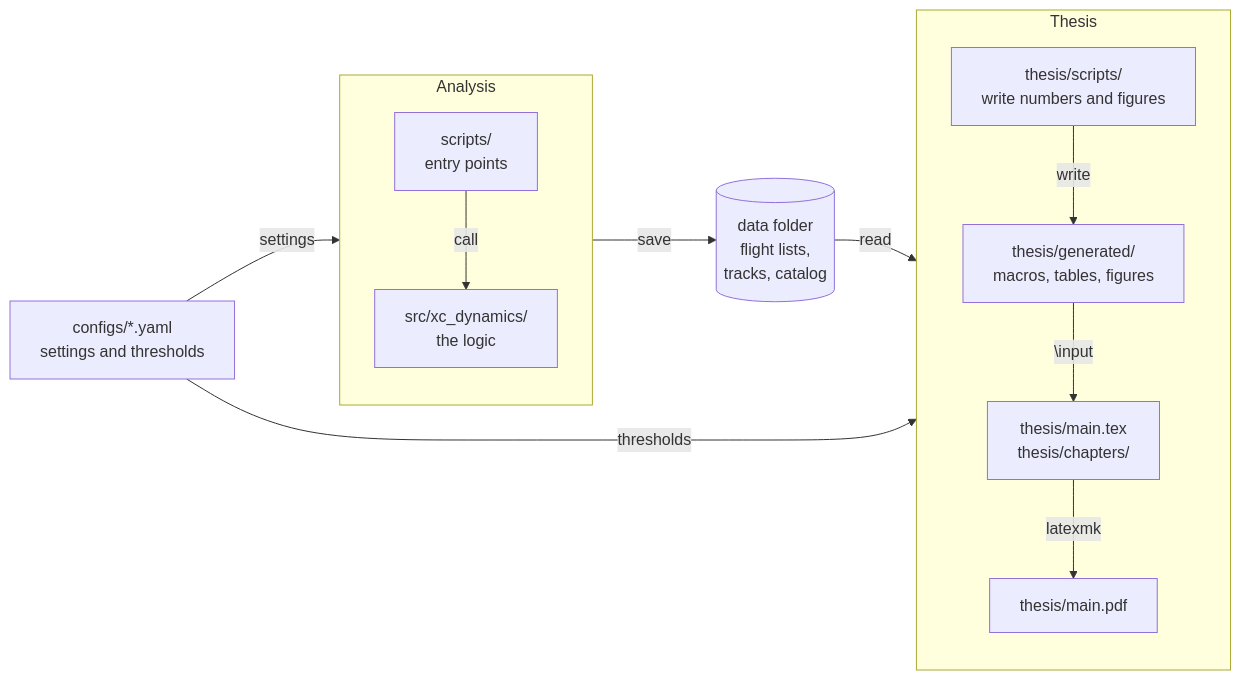
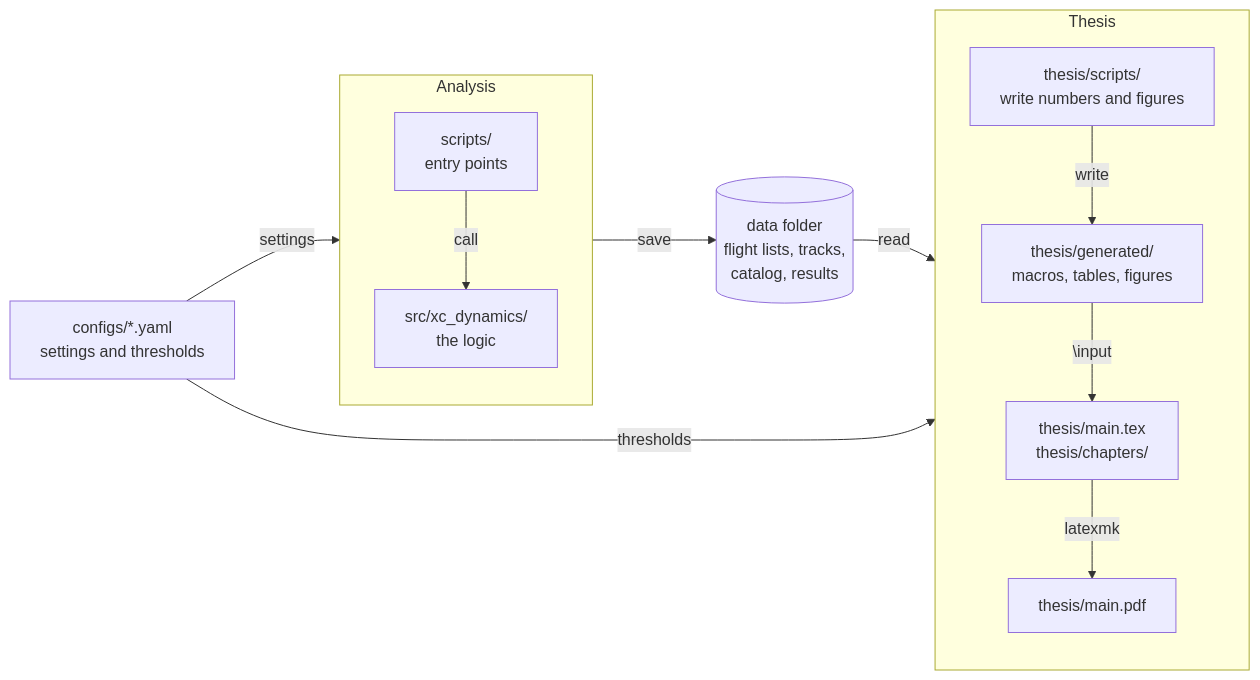
Before and after one commit to matteodisante/xc-dynamics: the diagram in docs/architecture.md, drawn with Mermaid. The commit also changed 1 other file, not shown here.

Commit message:
Correct two outdated statements in the docs
The data folder also holds the results, and only scripts that compute
results save a run.yaml.

````diff
--- a/docs/architecture.md
+++ b/docs/architecture.md
@@ -7,26 +7,26 @@
 ```mermaid
 flowchart LR
     configs["configs/*.yaml<br>settings and thresholds"]
     subgraph analysis ["Analysis"]
         direction TB
         scripts["scripts/<br>entry points"]
         src["src/xc_dynamics/<br>the logic"]
         scripts -->|call| src
     end
-    data[("data folder<br>flight lists,<br>tracks, catalog")]
+    data[("data folder<br>flight lists, tracks,<br>catalog, results")]
     subgraph thesis ["Thesis"]
         direction TB
         tscripts["thesis/scripts/<br>write numbers and figures"]
         generated["thesis/generated/<br>macros, tables, figures"]
         tex["thesis/main.tex<br>thesis/chapters/"]
         pdf["thesis/main.pdf"]
         tscripts -->|write| generated
         generated -->|"\input"| tex
         tex -->|latexmk| pdf
     end
 
     configs -->|settings| analysis
     analysis -->|save| data
     data -->|read| thesis
     configs -->|thresholds| thesis
 ```
````
